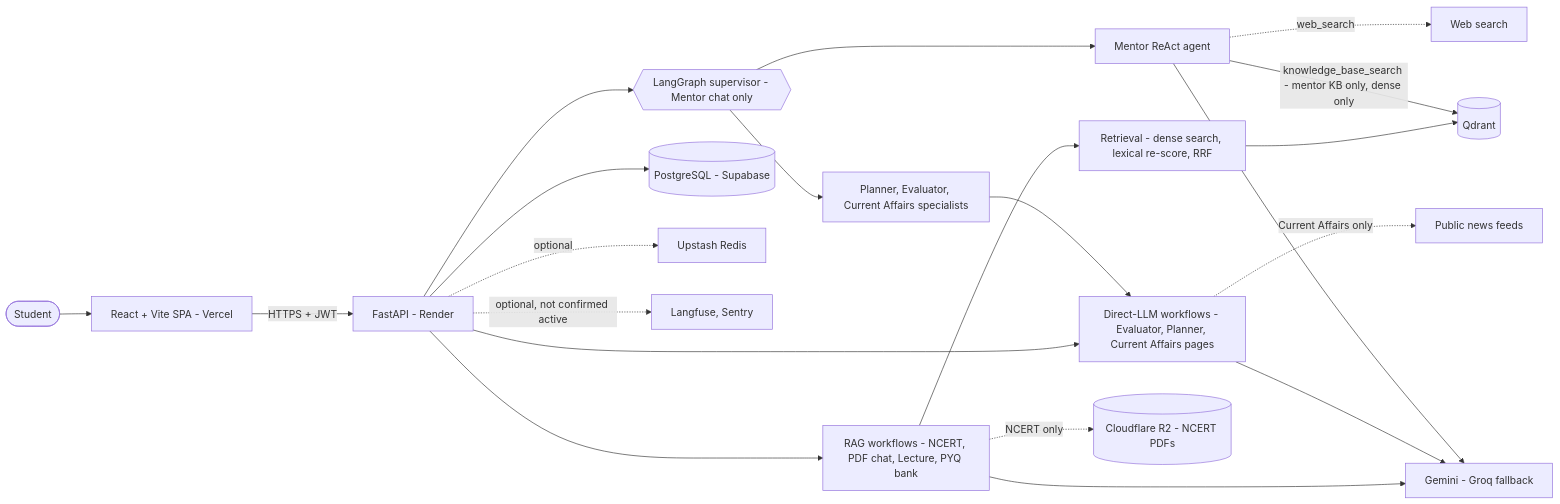
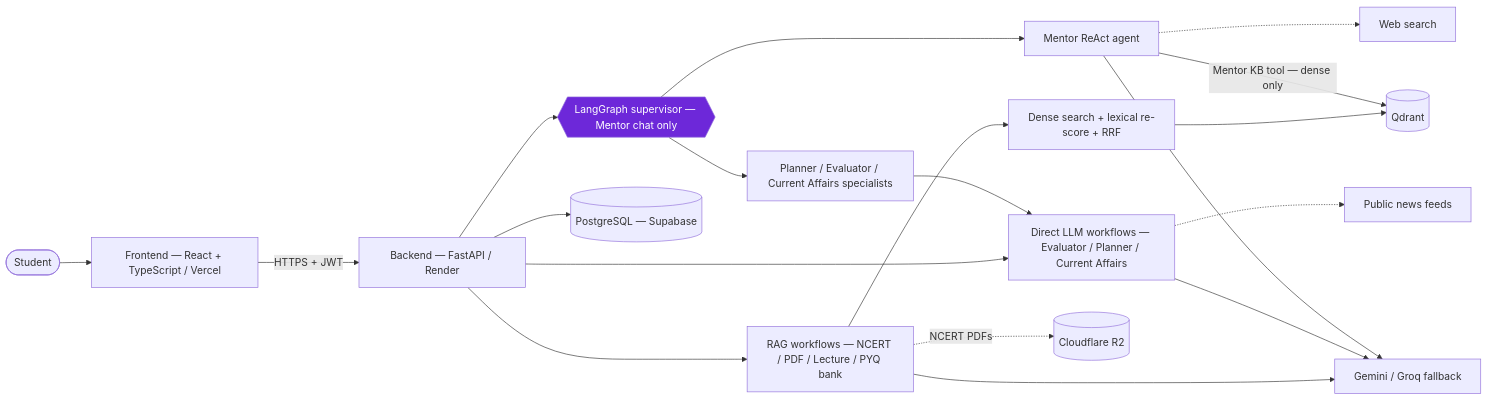
One commit to Vishal-AI-ML-Dev/UPSC-AI-PRO changed the first of 3 diagrams in README.md. Above: the diagram before and after it, drawn with Mermaid. The commit also changed other lines of this file, not shown here.

````diff
--- a/README.md
+++ b/README.md
@@ -52,23 +77,22 @@
 ```mermaid
 flowchart LR
-    S(["Student"]) --> FE["React + Vite SPA - Vercel"]
-    FE -->|"HTTPS + JWT"| API["FastAPI - Render"]
-    API --> SUP{{"LangGraph supervisor - Mentor chat only"}}
+    U([Student]) --> FE["Frontend — React + TypeScript / Vercel"]
+    FE -->|HTTPS + JWT| API["Backend — FastAPI / Render"]
+    API --> SUP{{"LangGraph supervisor — Mentor chat only"}}
     SUP --> MA["Mentor ReAct agent"]
-    SUP --> SP["Planner, Evaluator, Current Affairs specialists"]
-    API --> RW["RAG workflows - NCERT, PDF chat, Lecture, PYQ bank"]
-    API --> DW["Direct-LLM workflows - Evaluator, Planner, Current Affairs pages"]
+    SUP --> SP["Planner / Evaluator / Current Affairs specialists"]
+    API --> RW["RAG workflows — NCERT / PDF / Lecture / PYQ bank"]
+    API --> DW["Direct LLM workflows — Evaluator / Planner / Current Affairs"]
     SP --> DW
-    RW --> RET["Retrieval - dense search, lexical re-score, RRF"]
+    RW --> RET["Dense search + lexical re-score + RRF"]
     RET --> QD[("Qdrant")]
-    MA -->|"knowledge_base_search - mentor KB only, dense only"| QD
-    MA -.->|"web_search"| WEB["Web search"]
-    DW -.->|"Current Affairs only"| FEEDS["Public news feeds"]
-    RW --> LLM["Gemini - Groq fallback"]
+    MA -->|"Mentor KB tool — dense only"| QD
+    MA -.-> WEB["Web search"]
+    DW -.-> FEEDS["Public news feeds"]
+    RW --> LLM["Gemini / Groq fallback"]
     DW --> LLM
     MA --> LLM
-    API --> PG[("PostgreSQL - Supabase")]
-    RW -.->|"NCERT only"| R2[("Cloudflare R2 - NCERT PDFs")]
-    API -.->|"optional"| UP["Upstash Redis"]
-    API -.->|"optional, not confirmed active"| OBS["Langfuse, Sentry"]
+    API --> PG[("PostgreSQL — Supabase")]
+    RW -.->|"NCERT PDFs"| R2[("Cloudflare R2")]
+    style SUP fill:#6D28D9,color:#fff
 ```
````
